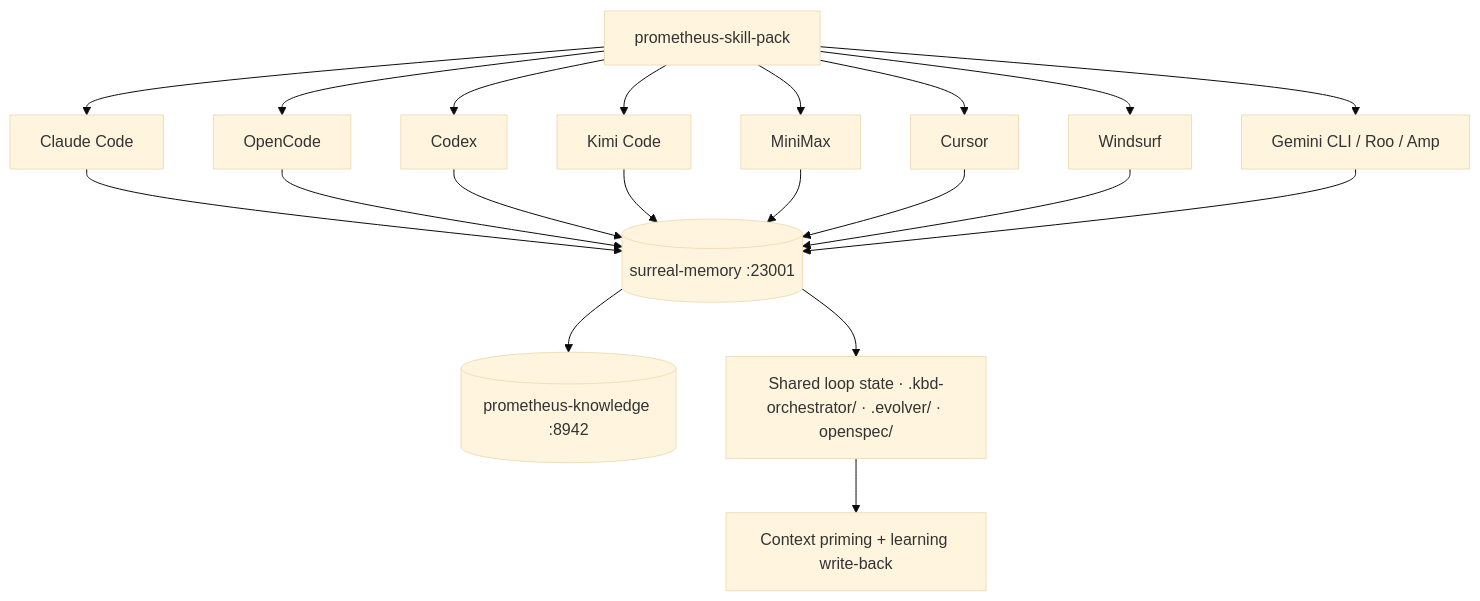
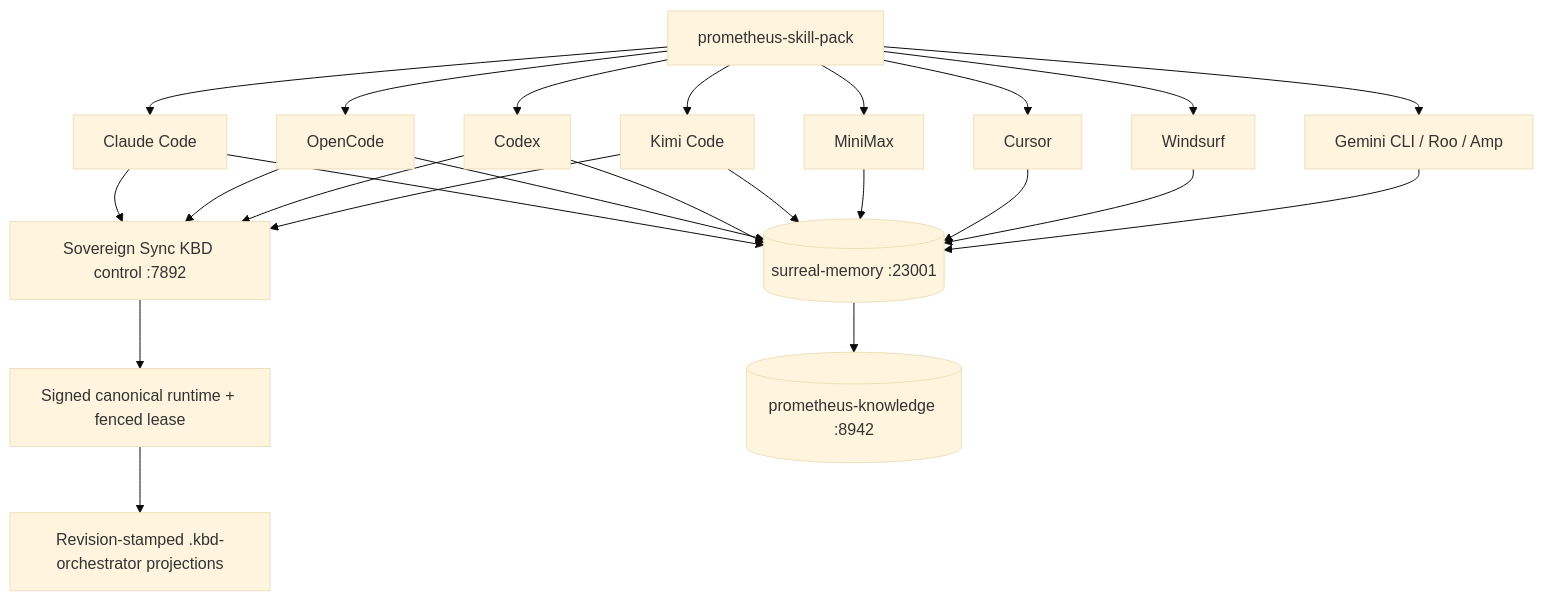
Before and after one commit to Prometheus-AGS/prometheus-skill-system: the diagram in docs/guide/17-platform-support.md, drawn with Mermaid (base theme). The commit also changed other lines of this file and 24 other files, not shown here.

````diff
--- a/docs/guide/17-platform-support.md
+++ b/docs/guide/17-platform-support.md
@@ -22,15 +28,16 @@
 ```mermaid
 graph TD
     A[prometheus-skill-pack] --> B[Claude Code]
     A --> C[OpenCode]
     A --> D[Codex]
     A --> E[Kimi Code]
     A --> F[MiniMax]
     A --> G[Cursor]
     A --> H[Windsurf]
     A --> I[Gemini CLI / Roo / Amp]
-    B & C & D & E & F & G & H & I --> J[(surreal-memory :23001)]
-    J --> K[(prometheus-knowledge :8942)]
-    J --> L[Shared loop state · .kbd-orchestrator/ · .evolver/ · openspec/]
-    L --> M[Context priming + learning write-back]
+    B & C & D & E --> J["Sovereign Sync KBD control :7892"]
+    J --> K["Signed canonical runtime + fenced lease"]
+    K --> L["Revision-stamped .kbd-orchestrator projections"]
+    B & C & D & E & F & G & H & I --> M[(surreal-memory :23001)]
+    M --> N[(prometheus-knowledge :8942)]
 ```
````
